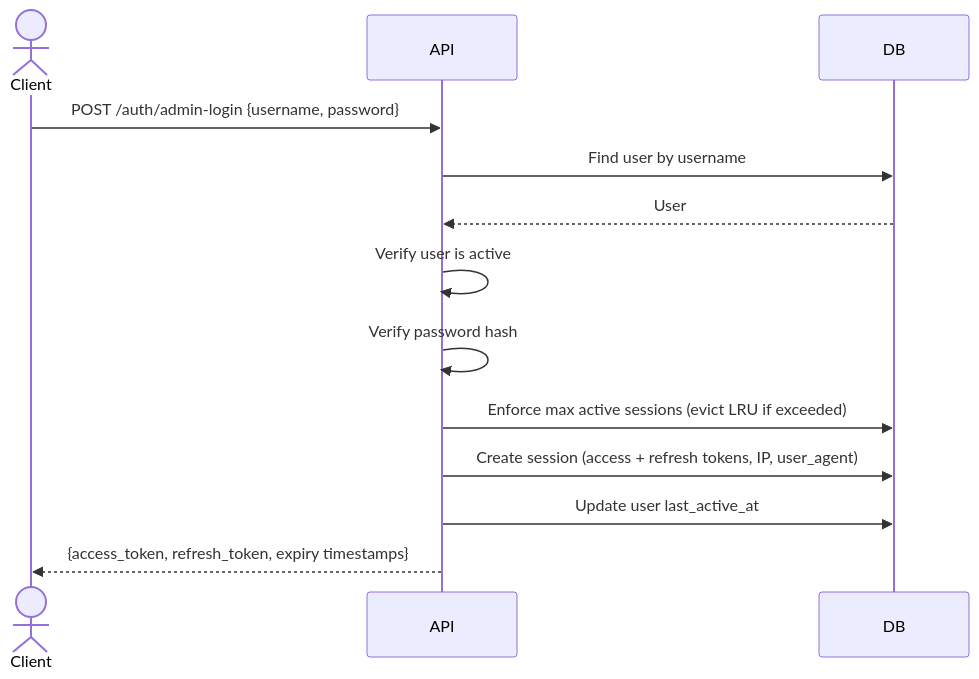
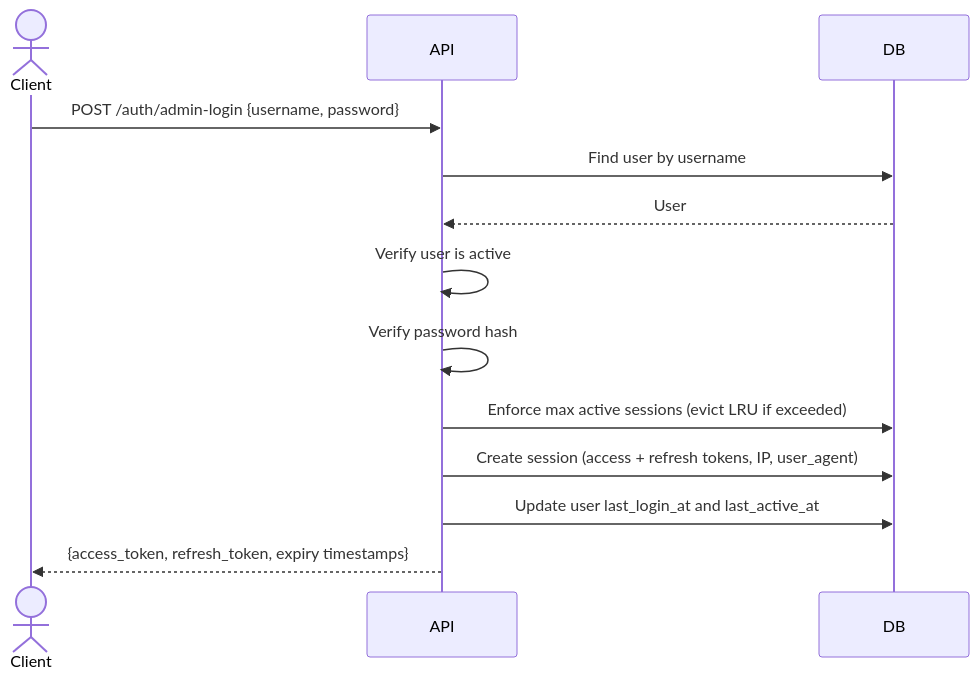
One commit to Jaxongir1006/ai-interview-prep-api changed the first of 4 diagrams in docs/specs/flows/auth.md. Above: the diagram before and after it, drawn with Mermaid. The commit also changed other lines of this file and 71 other files, not shown here.

````diff
--- a/docs/specs/flows/auth.md
+++ b/docs/specs/flows/auth.md
@@ -13,16 +16,16 @@
 ```mermaid
 sequenceDiagram
     actor Client
     participant API
     participant DB
 
     Client->>API: POST /auth/admin-login {username, password}
     API->>DB: Find user by username
     DB-->>API: User
     API->>API: Verify user is active
     API->>API: Verify password hash
     API->>DB: Enforce max active sessions (evict LRU if exceeded)
     API->>DB: Create session (access + refresh tokens, IP, user_agent)
-    API->>DB: Update user last_active_at
+    API->>DB: Update user last_login_at and last_active_at
     API-->>Client: {access_token, refresh_token, expiry timestamps}
 ```
````
